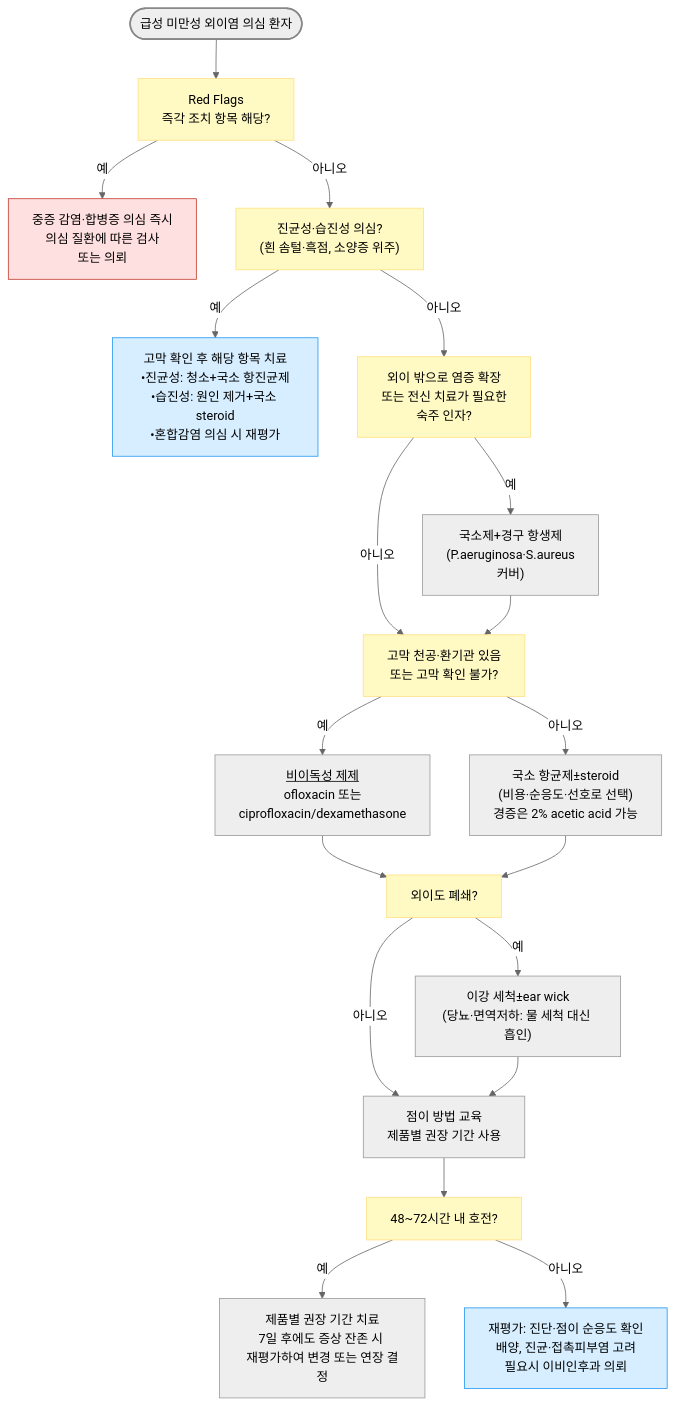
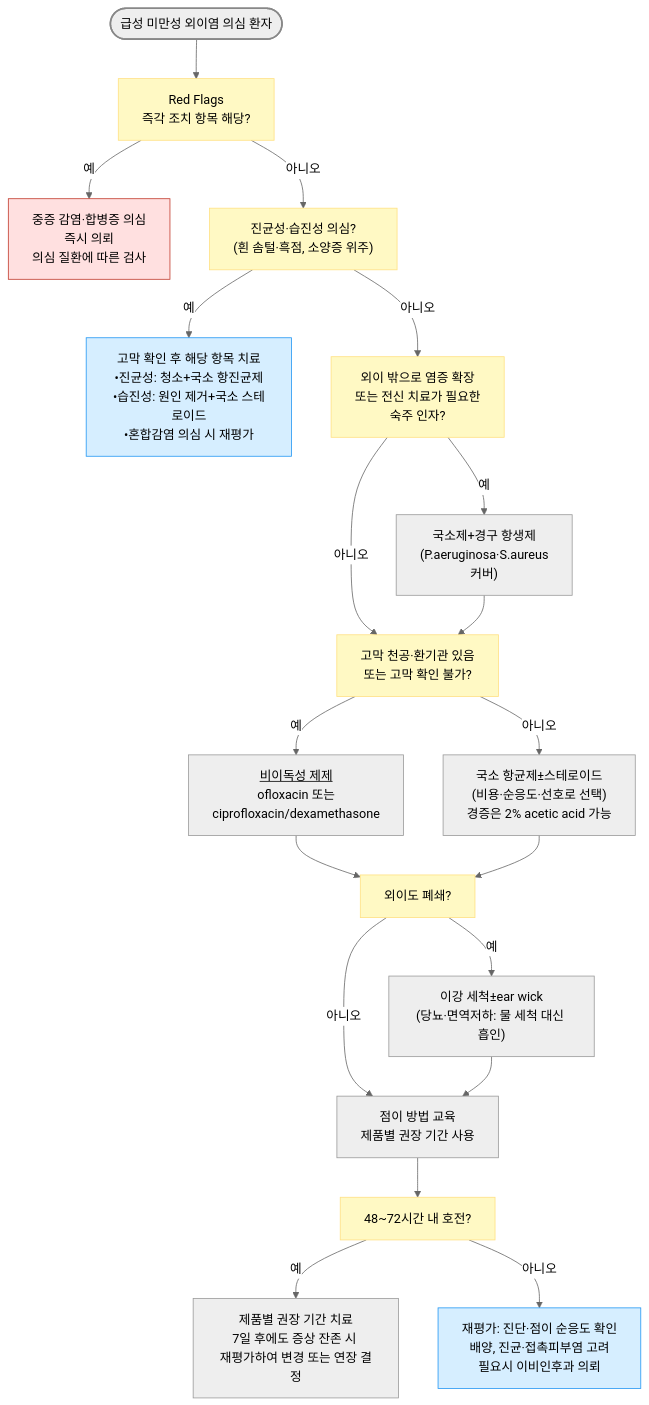
The second of 2 diagrams in 222_/047_-otitis-externa.md (familyoh77/familyoh77), drawn with Mermaid (neutral theme) before and after one commit. The commit also changed other lines of this file, not shown here.

````diff
--- a/222_/047_-otitis-externa.md
+++ b/222_/047_-otitis-externa.md
@@ -131,27 +135,27 @@
 ```mermaid
 graph TD
     START(["급성 미만성 외이염 의심 환자"]) --> RF["Red Flags <br/>즉각 조치 항목 해당?"]
-    RF -- "예" --> NOE["중증 감염·합병증 의심 즉시 <br/>의심 질환에 따른 검사 <br/>또는 의뢰"]
+    RF -- "예" --> NOE["중증 감염·합병증 의심<br/>즉시 의뢰<br/>의심 질환에 따른 검사"]
     RF -- "아니오" --> TYPE["진균성·습진성 의심?<br/>(흰 솜털·흑점, 소양증 위주)"]
-    TYPE -- "예" --> OTHER["고막 확인 후 해당 항목 치료<br/>•진균성: 청소+국소 항진균제<br/>•습진성: 원인 제거+국소 steroid<br/>•혼합감염 의심 시 재평가"]
+    TYPE -- "예" --> OTHER["고막 확인 후 해당 항목 치료<br/>•진균성: 청소+국소 항진균제<br/>•습진성: 원인 제거+국소 스테로이드<br/>•혼합감염 의심 시 재평가"]
     TYPE -- "아니오" --> EXT["외이 밖으로 염증 확장 <br/>또는 전신 치료가 필요한 <br/>숙주 인자?"]
     EXT -- "예" --> SYS["국소제+경구 항생제<br/>(P.aeruginosa·S.aureus <br/>커버)"]
     EXT -- "아니오" --> TM["고막 천공·환기관 있음<br/>또는 고막 확인 불가?"]
     TM -- "예" --> NONOTO["<u>비이독성 제제</u><br/>ofloxacin 또는<br/>ciprofloxacin/dexamethasone"]
-    TM -- "아니오" --> ANY["국소 항균제±steroid<br/>(비용·순응도·선호로 선택)<br/>경증은 2% acetic acid 가능"]
+    TM -- "아니오" --> ANY["국소 항균제±스테로이드<br/>(비용·순응도·선호로 선택)<br/>경증은 2% acetic acid 가능"]
     SYS --> TM
     NONOTO --> OBS["외이도 폐쇄?"]
     ANY --> OBS
     OBS -- "예" --> TOIL["이강 세척±ear wick<br/>(당뇨·면역저하: 물 세척 대신 흡인)"]
     OBS -- "아니오" --> EDU["점이 방법 교육<br/>제품별 권장 기간 사용"]
     TOIL --> EDU
     EDU --> R48["48~72시간 내 호전?"]
     R48 -- "예" --> DONE["제품별 권장 기간 치료<br/>7일 후에도 증상 잔존 시 <br/>재평가하여 변경 또는 연장 결정"]
     R48 -- "아니오" --> REEVAL["재평가: 진단·점이 순응도 확인<br/>배양, 진균·접촉피부염 고려<br/>필요시 이비인후과 의뢰"]
     style START fill:#eeeeee,stroke:#888888,stroke-width:2px
     style OTHER fill:#d6eeff,stroke:#2196f3
     classDef y fill:#fff9c4,stroke:#ffe082
     class RF,TYPE,EXT,TM,OBS,R48 y
     style NOE fill:#ffe0e0,stroke:#c0392b
     style REEVAL fill:#d6eeff,stroke:#2196f3
 ```
````
